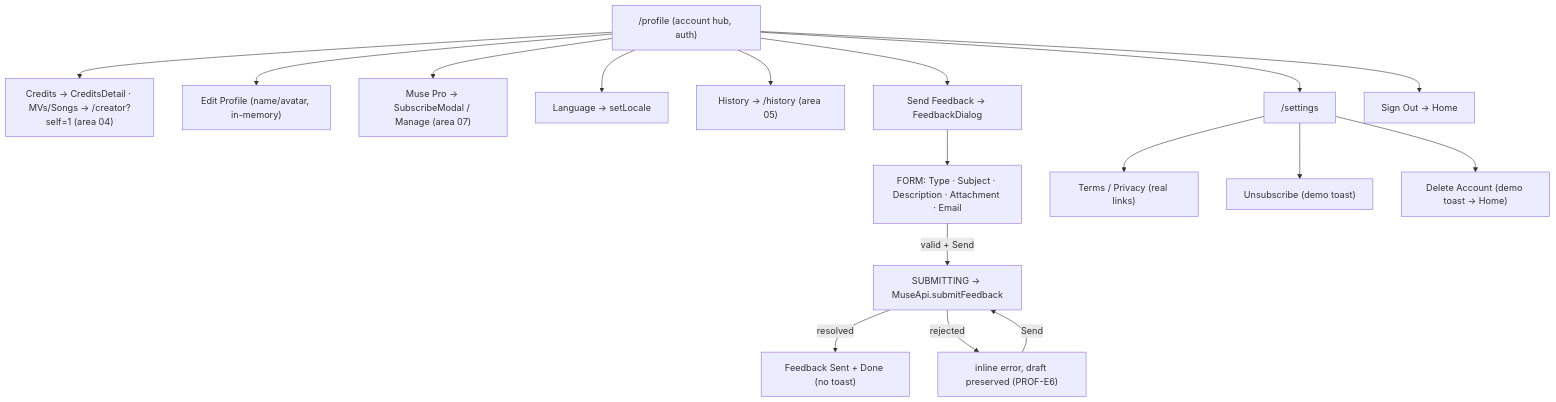
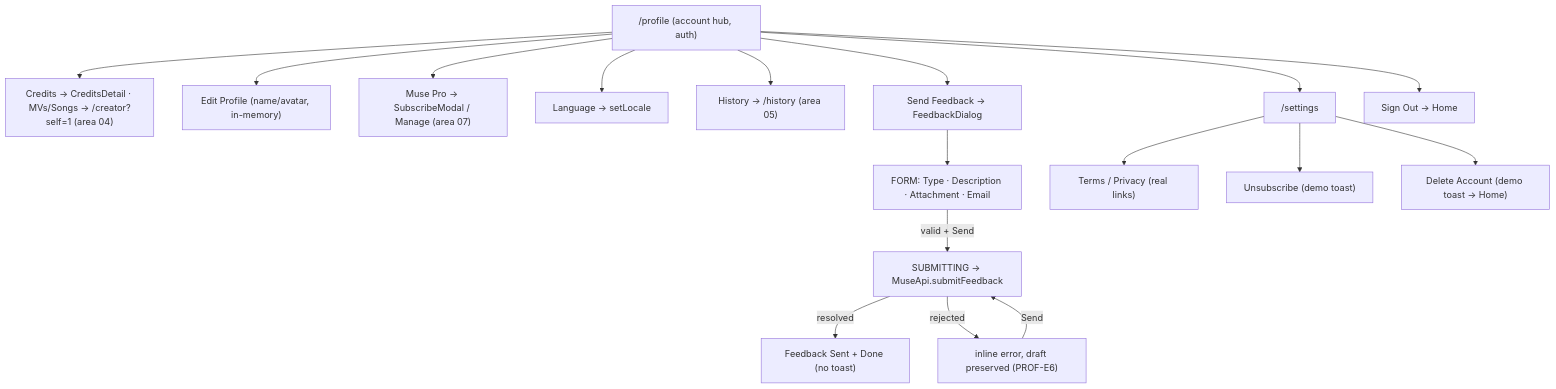
The diagram in web-app/specs/areas/06-profile-account.md (pft-JasonChen/musemv-ai), drawn with Mermaid before and after one commit. The commit also changed other lines of this file and 22 other files, not shown here.

````diff
--- a/web-app/specs/areas/06-profile-account.md
+++ b/web-app/specs/areas/06-profile-account.md
@@ -290,19 +313,19 @@
 ```mermaid
 flowchart TD
   Profile["/profile (account hub, auth)"] --> Tiles["Credits → CreditsDetail · MVs/Songs → /creator?self=1 (area 04)"]
   Profile --> Edit["Edit Profile (name/avatar, in-memory)"]
   Profile --> Pro["Muse Pro → SubscribeModal / Manage (area 07)"]
   Profile --> Lang["Language → setLocale"]
   Profile --> Hist["History → /history (area 05)"]
   Profile --> FB["Send Feedback → FeedbackDialog"]
-  FB --> FBForm["FORM: Type · Subject · Description · Attachment · Email"]
+  FB --> FBForm["FORM: Type · Description · Attachment · Email"]
   FBForm -->|"valid + Send"| FBSend["SUBMITTING → MuseApi.submitFeedback"]
   FBSend -->|resolved| FBOk["Feedback Sent + Done (no toast)"]
   FBSend -->|rejected| FBErr["inline error, draft preserved (PROF-E6)"]
   FBErr -->|Send| FBSend
   Profile --> Settings["/settings"]
   Profile --> Out["Sign Out → Home"]
   Settings --> Legal["Terms / Privacy (real links)"]
   Settings --> Unsub["Unsubscribe (demo toast)"]
   Settings --> Del["Delete Account (demo toast → Home)"]
 ```
````
